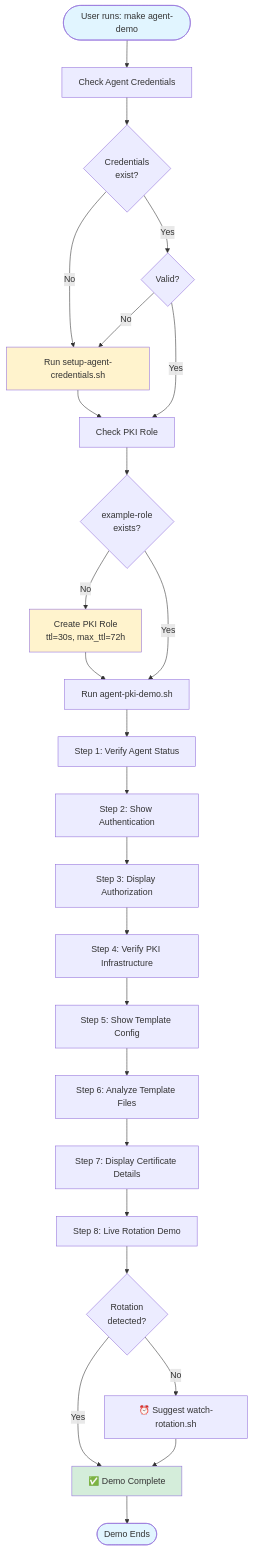
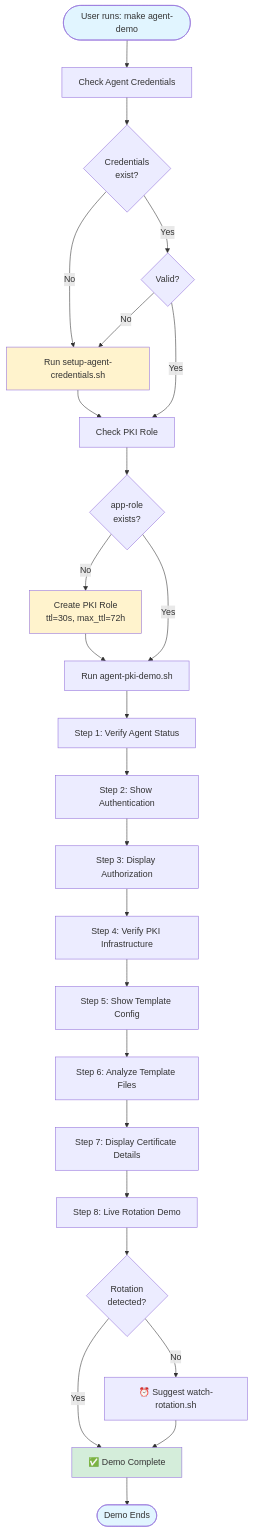
One commit to songlining/pki changed the first of 12 diagrams in agent-demo-diagrams.md. Above: the diagram before and after it, drawn with Mermaid. The commit also changed other lines of this file and 34 other files, not shown here.

````diff
--- a/agent-demo-diagrams.md
+++ b/agent-demo-diagrams.md
@@ -10,41 +10,41 @@
 ```mermaid
 flowchart TD
     Start([User runs: make agent-demo]) --> CheckCred[Check Agent Credentials]
     CheckCred --> CredExist{Credentials<br/>exist?}
     
     CredExist -->|No| SetupCred[Run setup-agent-credentials.sh]
     CredExist -->|Yes| ValidCred{Valid?}
     
     ValidCred -->|No| SetupCred
     ValidCred -->|Yes| CheckPKI[Check PKI Role]
     
     SetupCred --> CheckPKI
     
-    CheckPKI --> RoleExist{example-role<br/>exists?}
+    CheckPKI --> RoleExist{app-role<br/>exists?}
     RoleExist -->|No| CreateRole[Create PKI Role<br/>ttl=30s, max_ttl=72h]
     RoleExist -->|Yes| Demo[Run agent-pki-demo.sh]
     
     CreateRole --> Demo
     
     Demo --> Step1[Step 1: Verify Agent Status]
     Step1 --> Step2[Step 2: Show Authentication]
     Step2 --> Step3[Step 3: Display Authorization]
     Step3 --> Step4[Step 4: Verify PKI Infrastructure]
     Step4 --> Step5[Step 5: Show Template Config]
     Step5 --> Step6[Step 6: Analyze Template Files]
     Step6 --> Step7[Step 7: Display Certificate Details]
     Step7 --> Step8[Step 8: Live Rotation Demo]
     
     Step8 --> Monitor{Rotation<br/>detected?}
     Monitor -->|Yes| Success[✅ Demo Complete]
     Monitor -->|No| Timeout[⏰ Suggest watch-rotation.sh]
     
     Timeout --> Success
     Success --> End([Demo Ends])
     
     style Start fill:#e1f5ff
     style End fill:#e1f5ff
     style Success fill:#d4edda
     style SetupCred fill:#fff3cd
     style CreateRole fill:#fff3cd
 ```
````
